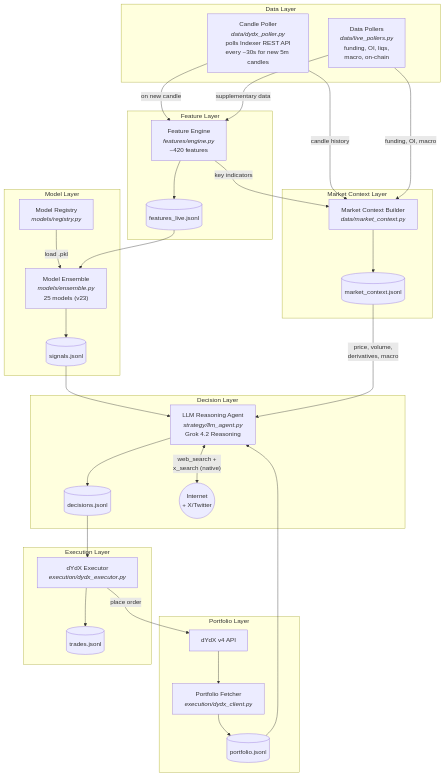
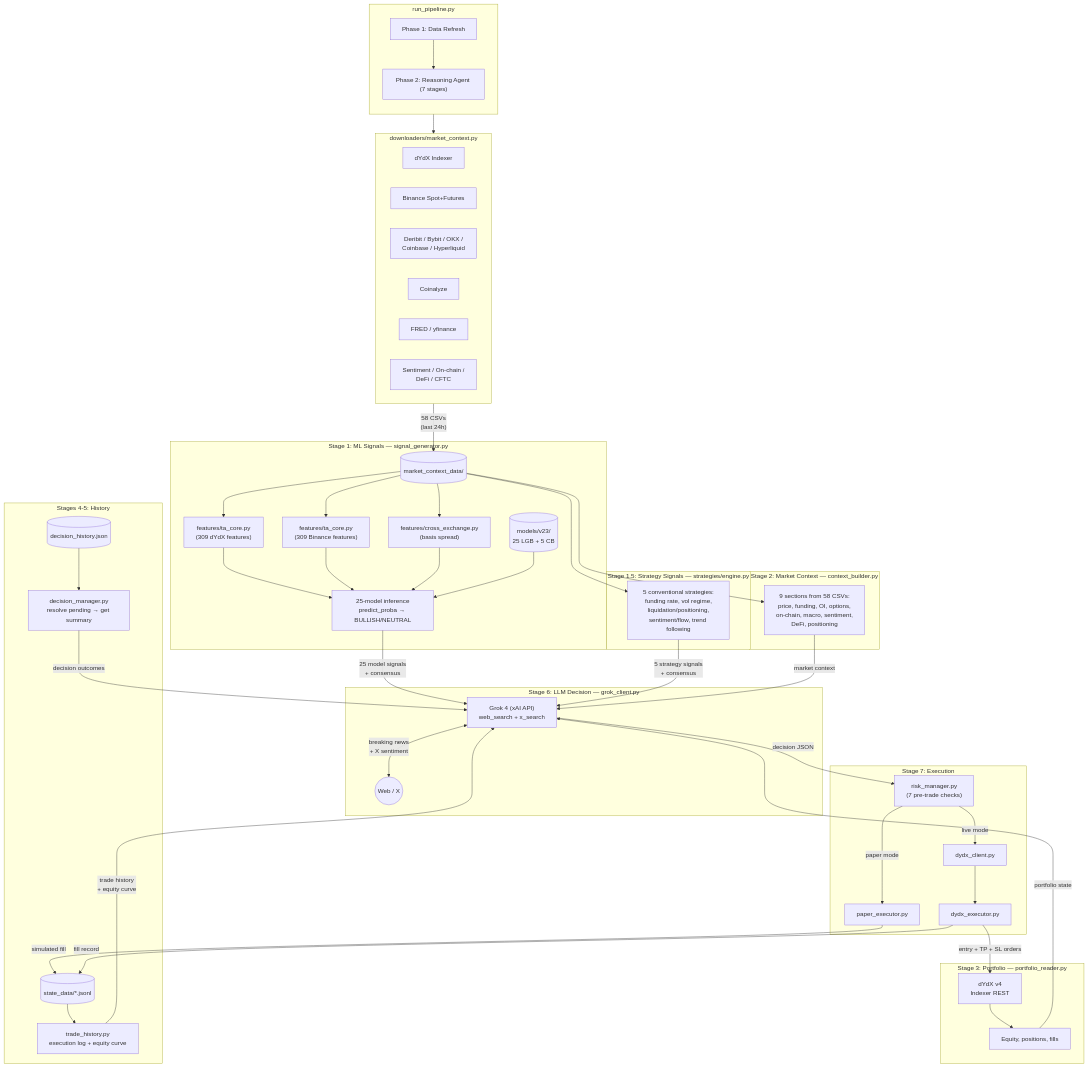
One commit to robertkottelin/trading changed the diagram in documentation/dataflow.md. Above: the diagram before and after it, drawn with Mermaid. The commit also changed other lines of this file and 44 other files, not shown here.

First line of the commit message:
Pre-improvement snapshot: live bot +5.52% over 3 days, 7 LONG trades

````diff
--- a/documentation/dataflow.md
+++ b/documentation/dataflow.md
@@ -116,59 +283,78 @@
 ```mermaid
 flowchart TB
-    subgraph DataLayer["Data Layer"]
-        CP["Candle Poller<br/><i>data/dydx_poller.py</i><br/>polls Indexer REST API<br/>every ~30s for new 5m candles"]
-        DP["Data Pollers<br/><i>data/live_pollers.py</i><br/>funding, OI, liqs,<br/>macro, on-chain"]
+    subgraph Orchestrator["run_pipeline.py"]
+        direction TB
+        PHASE1["Phase 1: Data Refresh"]
+        PHASE2["Phase 2: Reasoning Agent (7 stages)"]
+        PHASE1 --> PHASE2
     end
 
-    subgraph FeatureLayer["Feature Layer"]
-        FE["Feature Engine<br/><i>features/engine.py</i><br/>~420 features"]
-        FF[("features_live.jsonl")]
-        CP -->|"on new candle"| FE
-        DP -->|"supplementary data"| FE
-        FE --> FF
+    subgraph DataRefresh["downloaders/market_context.py"]
+        D1["dYdX Indexer"]
+        D2["Binance Spot+Futures"]
+        D3["Deribit / Bybit / OKX /<br/>Coinbase / Hyperliquid"]
+        D4["Coinalyze"]
+        D5["FRED / yfinance"]
+        D6["Sentiment / On-chain /<br/>DeFi / CFTC"]
     end
 
-    subgraph MarketContextLayer["Market Context Layer"]
-        MCB["Market Context Builder<br/><i>data/market_context.py</i>"]
-        MCS[("market_context.jsonl")]
-        CP -->|"candle history"| MCB
-        FE -->|"key indicators"| MCB
-        DP -->|"funding, OI, macro"| MCB
-        MCB --> MCS
+    PHASE1 --> DataRefresh
+    DataRefresh -->|"58 CSVs<br/>(last 24h)"| MCD[("market_context_data/")]
+
+    subgraph Stage1["Stage 1: ML Signals — signal_generator.py"]
+        TA["features/ta_core.py<br/>(309 dYdX features)"]
+        BTA["features/ta_core.py<br/>(309 Binance features)"]
+        CX["features/cross_exchange.py<br/>(basis spread)"]
+        SG["25-model inference<br/>predict_proba → BULLISH/NEUTRAL"]
+        MCD --> TA & BTA & CX
+        TA & BTA & CX --> SG
+        MODELS[("models/v23/<br/>25 LGB + 5 CB")] --> SG
     end
 
-    subgraph ModelLayer["Model Layer"]
-        REG["Model Registry<br/><i>models/registry.py</i>"]
-        ENS["Model Ensemble<br/><i>models/ensemble.py</i><br/>25 models (v23)"]
-        SF[("signals.jsonl")]
-        REG -->|"load .pkl"| ENS
-        FF --> ENS
-        ENS --> SF
+    subgraph Stage15["Stage 1.5: Strategy Signals — strategies/engine.py"]
+        SE["5 conventional strategies:<br/>funding rate, vol regime,<br/>liquidation/positioning,<br/>sentiment/flow, trend following"]
+        MCD --> SE
     end
 
-    subgraph PortfolioLayer["Portfolio Layer"]
-        PF["Portfolio Fetcher<br/><i>execution/dydx_client.py</i>"]
-        PS[("portfolio.jsonl")]
-        DYDX["dYdX v4 API"]
-        DYDX --> PF
-        PF --> PS
+    subgraph Stage2["Stage 2: Market Context — context_builder.py"]
+        CB["9 sections from 58 CSVs:<br/>price, funding, OI, options,<br/>on-chain, macro, sentiment,<br/>DeFi, positioning"]
+        MCD --> CB
     end
 
-    subgraph DecisionLayer["Decision Layer"]
-        LLM["LLM Reasoning Agent<br/><i>strategy/llm_agent.py</i><br/>Grok 4.2 Reasoning"]
-        DF[("decisions.jsonl")]
-        SF --> LLM
-        MCS -->|"price, volume,<br/>derivatives, macro"| LLM
-        PS --> LLM
-        LLM <-->|"web_search +<br/>x_search (native)"| INET(("Internet<br/>+ X/Twitter"))
-        LLM --> DF
+    subgraph Stage3["Stage 3: Portfolio — portfolio_reader.py"]
+        PR["Equity, positions, fills"]
+        DYDX_API["dYdX v4<br/>Indexer REST"]
+        DYDX_API --> PR
     end
 
-    subgraph ExecutionLayer["Execution Layer"]
-        EX["dYdX Executor<br/><i>execution/dydx_executor.py</i>"]
-        TL[("trades.jsonl")]
-        DF --> EX
-        EX -->|"place order"| DYDX
-        EX --> TL
+    subgraph Stage45["Stages 4-5: History"]
+        DM["decision_manager.py<br/>resolve pending → get summary"]
+        TH["trade_history.py<br/>execution log + equity curve"]
+        HIST[("decision_history.json")] --> DM
+        SD[("state_data/*.jsonl")] --> TH
+    end
+
+    subgraph Stage6["Stage 6: LLM Decision — grok_client.py"]
+        GC["Grok 4 (xAI API)<br/>web_search + x_search"]
+        SG -->|"25 model signals<br/>+ consensus"| GC
+        SE -->|"5 strategy signals<br/>+ consensus"| GC
+        CB -->|"market context"| GC
+        PR -->|"portfolio state"| GC
+        DM -->|"decision outcomes"| GC
+        TH -->|"trade history<br/>+ equity curve"| GC
+        GC <-->|"breaking news<br/>+ X sentiment"| INET(("Web / X"))
+    end
+
+    subgraph Stage7["Stage 7: Execution"]
+        RM["risk_manager.py<br/>(7 pre-trade checks)"]
+        PE["paper_executor.py"]
+        LE["dydx_executor.py"]
+        DC["dydx_client.py"]
+        GC -->|"decision JSON"| RM
+        RM -->|"paper mode"| PE
+        RM -->|"live mode"| DC --> LE
+        PE -->|"simulated fill"| SD
+        LE -->|"entry + TP + SL orders"| DYDX_API
+        LE -->|"fill record"| SD
     end
 ```
````
